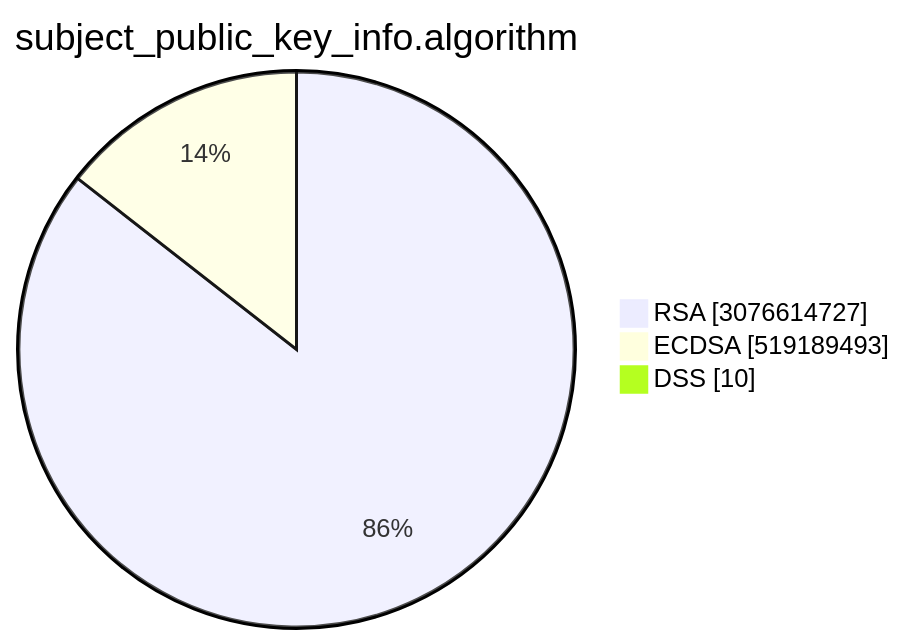
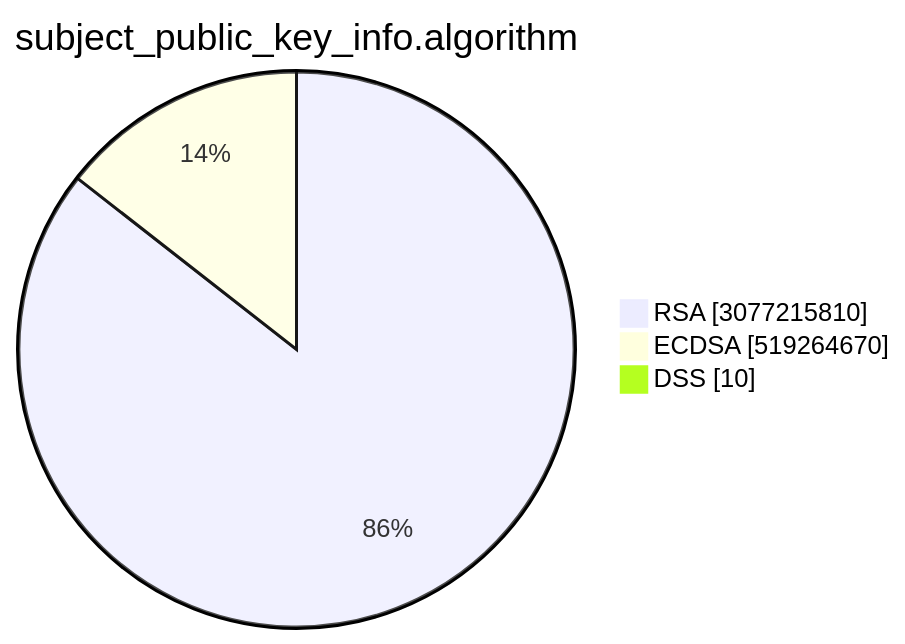
One commit to christiankrug/ctmonitor_visualization changed the second of 15 diagrams in TOTAL/README.md. Above: the diagram before and after it, drawn with Mermaid. The commit also changed other lines of this file, not shown here.

````diff
--- a/TOTAL/README.md
+++ b/TOTAL/README.md
@@ -6,7 +6,7 @@
 ```mermaid
 pie showData
 title subject_public_key_info.algorithm
-"RSA" :3076614727
-"ECDSA" :519189493
+"RSA" :3077215810
+"ECDSA" :519264670
 "DSS" :10
 ```
````
